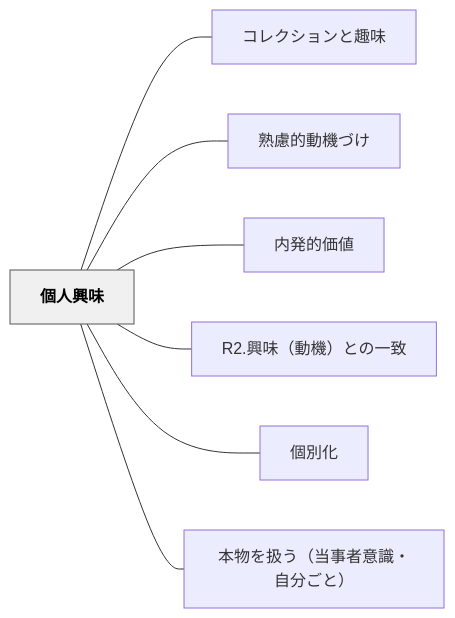
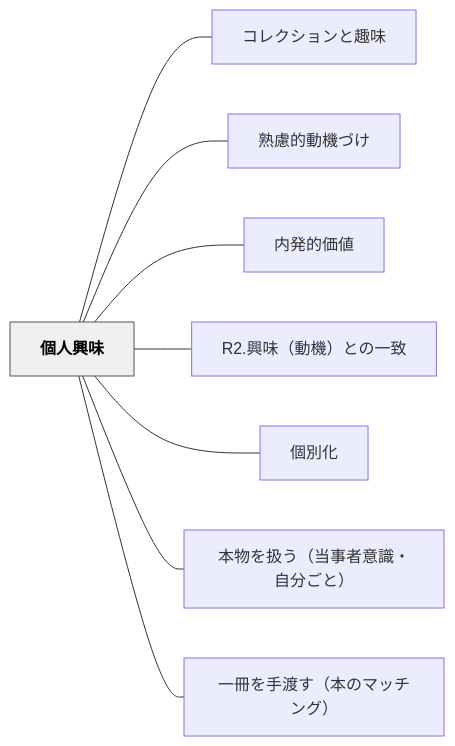
The diagram in content/パタン/個人興味.md (unknownthings-ed-patterns/unknownthings-ed-patterns), drawn with Mermaid before and after one commit. The commit also changed other lines of this file and 15 other files, not shown here.

````diff
--- a/content/パタン/個人興味.md
+++ b/content/パタン/個人興味.md
@@ -37,20 +37,22 @@
 ```mermaid
 flowchart LR
     ne5808be4babae88888e591b3["個人興味"]
     ne382b3e383ace382afe382b7e383a7e383b3e381a8e8b6a3e591b3["コレクションと趣味"]
     ne7869fe685aee79a84e58b95e6a99fe381a5e38191["熟慮的動機づけ"]
     ne58685e799bae79a84e4bea1e580a4["内発的価値"]
     n52322ee88888e591b3efbc88e58b95e6a99fefbc89e381a8e381aee4b880e887b4["R2.興味（動機）との一致"]
     ne5808be588a5e58c96["個別化"]
     ne69cace789a9e38292e689b1e38186efbc88e5bd93e4ba8be88085e6848fe8ad98e383bbe887aae58886e38194e381a8efbc89["本物を扱う（当事者意識・自分ごと）"]
+    ne4b880e5868ae38292e6898be6b8a1e38199efbc88e69cace381aee3839ee38383e38381e383b3e382b0efbc89["一冊を手渡す（本のマッチング）"]
 
     ne5808be4babae88888e591b3 --- ne382b3e383ace382afe382b7e383a7e383b3e381a8e8b6a3e591b3
     ne5808be4babae88888e591b3 --- ne7869fe685aee79a84e58b95e6a99fe381a5e38191
     ne5808be4babae88888e591b3 --- ne58685e799bae79a84e4bea1e580a4
     ne5808be4babae88888e591b3 --- n52322ee88888e591b3efbc88e58b95e6a99fefbc89e381a8e381aee4b880e887b4
     ne5808be4babae88888e591b3 --- ne5808be588a5e58c96
     ne5808be4babae88888e591b3 --- ne69cace789a9e38292e689b1e38186efbc88e5bd93e4ba8be88085e6848fe8ad98e383bbe887aae58886e38194e381a8efbc89
+    ne5808be4babae88888e591b3 --- ne4b880e5868ae38292e6898be6b8a1e38199efbc88e69cace381aee3839ee38383e38381e383b3e382b0efbc89
 
     classDef hub fill:#f0f0f0,stroke:#555,color:#000,font-weight:bold
     class ne5808be4babae88888e591b3 hub
 ```
````
